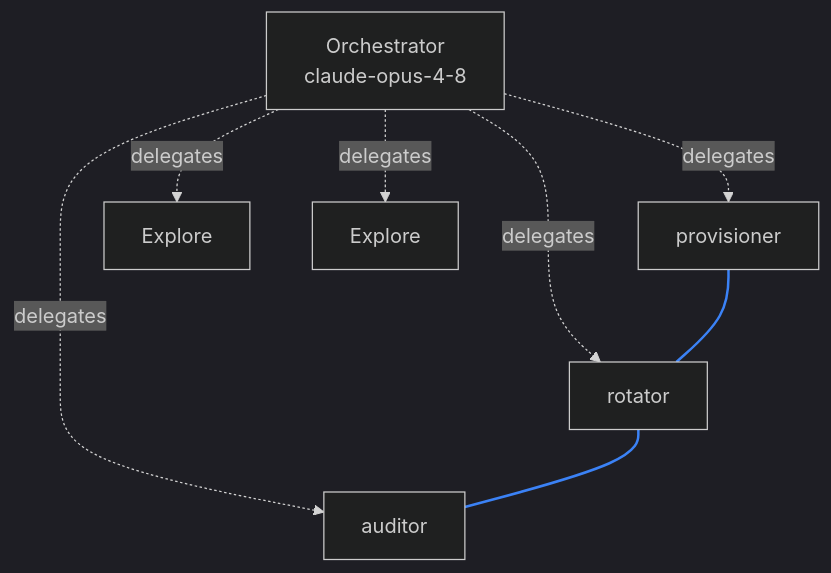
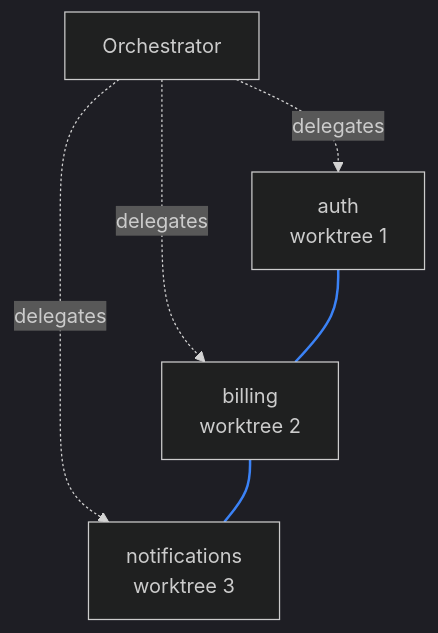
One commit to agent-receipts/ar changed the diagram in site/src/content/docs/blog/attribution-over-undo.mdx. Above: the diagram before and after it, drawn with Mermaid (dark theme). The commit also changed other lines of this file, not shown here.

````diff
--- a/site/src/content/docs/blog/attribution-over-undo.mdx
+++ b/site/src/content/docs/blog/attribution-over-undo.mdx
@@ -62,17 +58,13 @@
 ```mermaid
 graph TD
-    O["Orchestrator<br/>claude-opus-4-8"]
-    P["provisioner"]
-    R["rotator"]
-    A["auditor"]
-    E1["Explore"]
-    E2["Explore"]
-    O -. delegates .-> P
-    O -. delegates .-> R
+    O["Orchestrator"]
+    A["auth<br/>worktree 1"]
+    B["billing<br/>worktree 2"]
+    N["notifications<br/>worktree 3"]
     O -. delegates .-> A
-    O -. delegates .-> E1
-    O -. delegates .-> E2
-    P === R
-    R === A
-    linkStyle 5,6 stroke:#3b82f6,stroke-width:2px;
+    O -. delegates .-> B
+    O -. delegates .-> N
+    A === B
+    B === N
+    linkStyle 3,4 stroke:#3b82f6,stroke-width:2px;
 ```
````
